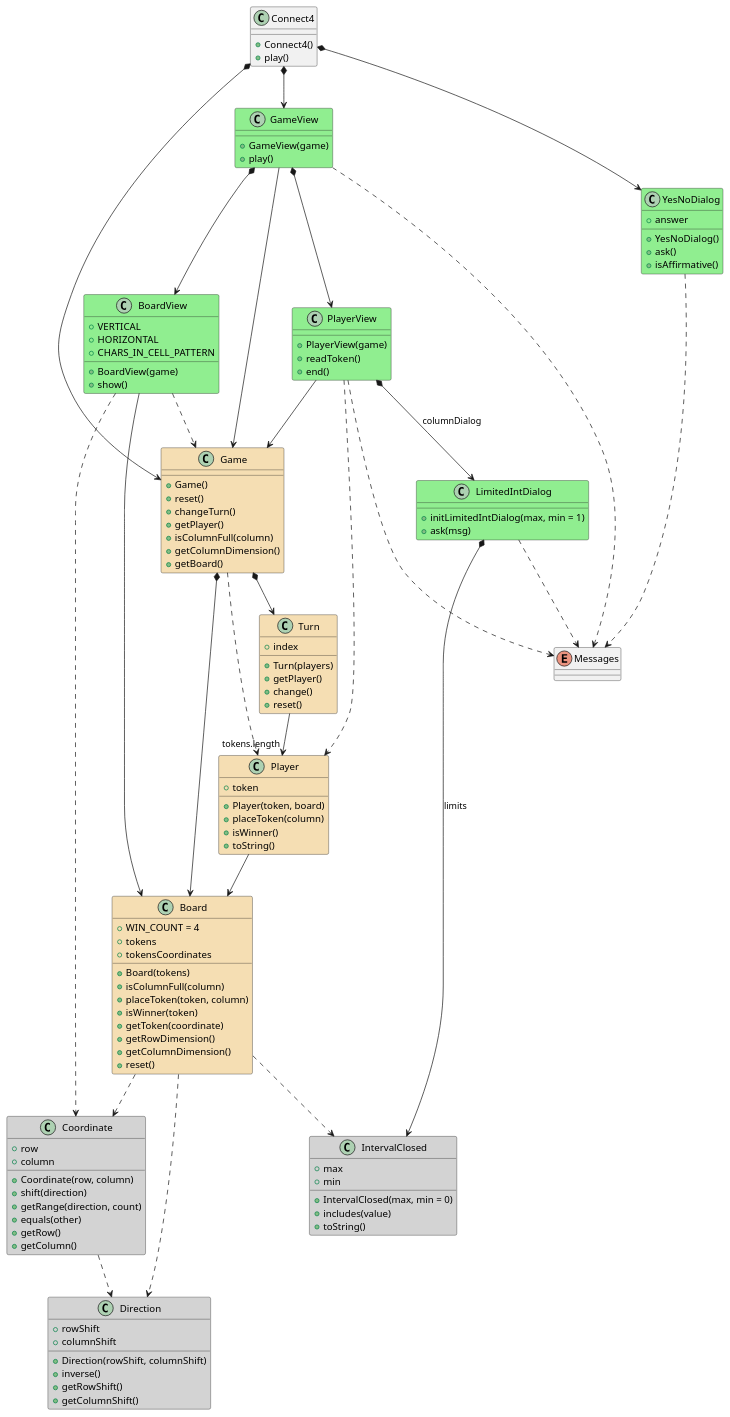
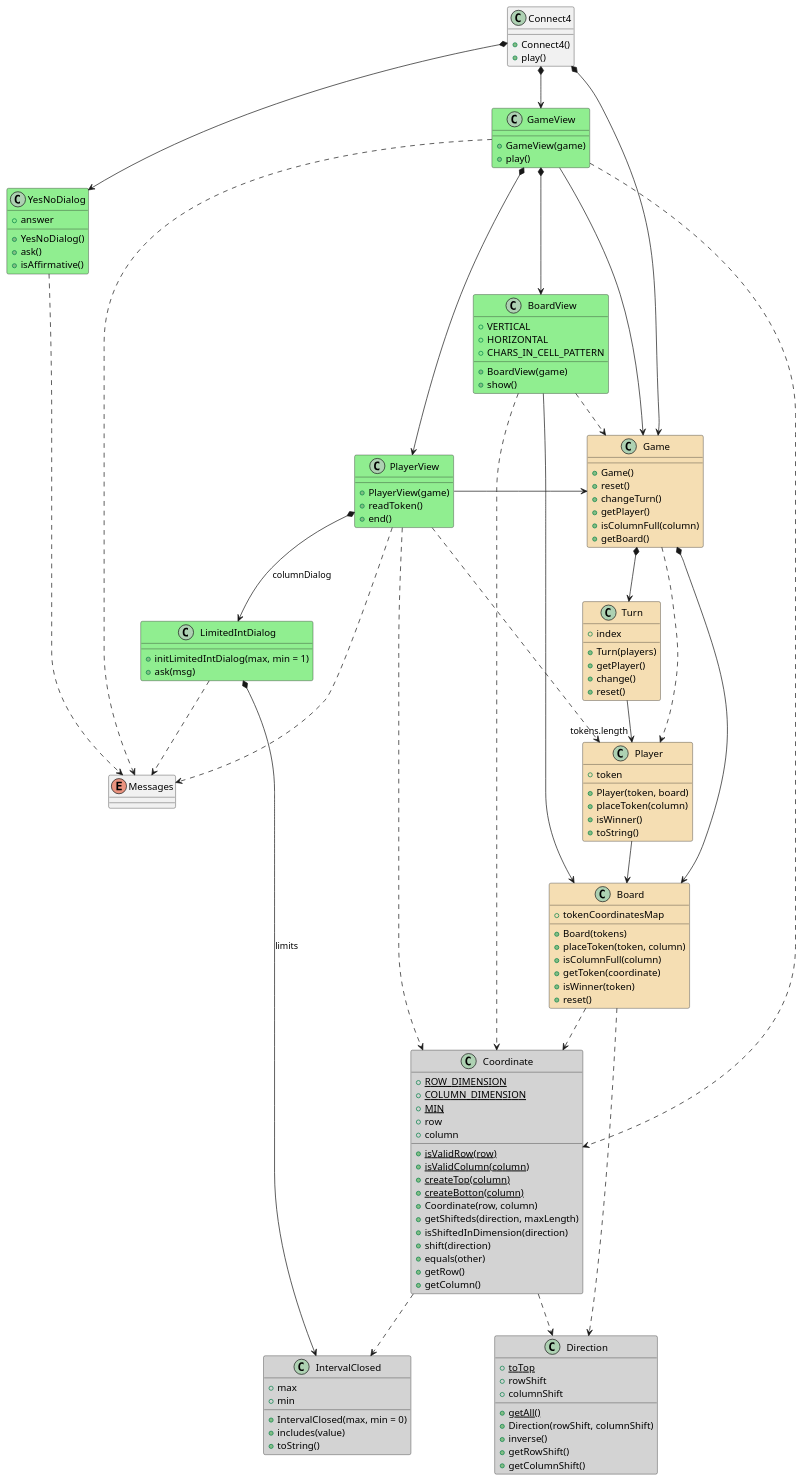
The diagram in docs/dev-resume/src/analysis.plantuml (PabloMartinFluvia/myGame-connect4), drawn with PlantUML before and after one commit. The commit also changed 2 other files, not shown here.

```diff
--- a/docs/dev-resume/src/analysis.plantuml
+++ b/docs/dev-resume/src/analysis.plantuml
@@ -1,149 +1,153 @@
 @startuml analysis
 
 class Connect4 {
 
     + Connect4()
     + play()
 }
 Connect4 *-down-> Game
 Connect4 *-down-> GameView
 Connect4 *-down-> YesNoDialog
 
 class YesNoDialog #LightGreen {          
     + answer    
 
     + YesNoDialog()
     + ask()
     + isAffirmative()
 }
 YesNoDialog ..> Messages
 
 class GameView #LightGreen {
     + GameView(game)
     + play()
 }
 GameView -right-> Game
 GameView *-down-> PlayerView
 GameView *-down-> BoardView
 GameView ..> Messages
+GameView ..> Coordinate
 
 class PlayerView #LightGreen {
     + PlayerView(game)
     + readToken()
     + end()
 }
 PlayerView -right-> Game
 PlayerView ..> Player
 PlayerView *-down-> LimitedIntDialog : columnDialog
 PlayerView ..> Messages
+PlayerView ..> Coordinate
 
 class BoardView #LightGreen {
     + VERTICAL
     + HORIZONTAL
     + CHARS_IN_CELL_PATTERN
 
     + BoardView(game)
     + show()
 }
 BoardView --> Board
 BoardView ..> Game
 BoardView ..> Coordinate
 
 class Game #Wheat{  
 
     + Game()
     + reset()   
     + changeTurn()
     + getPlayer()    
-    + isColumnFull(column)   
-    + getColumnDimension()     
+    + isColumnFull(column)     
     + getBoard()            
 }
 Game *-down-> Turn
 Game *-down-> Board
 Game ..> Player
 
 class Turn #Wheat{
     + index
 
     + Turn(players)  
     + getPlayer()  
     + change()   
     + reset() 
 }
 Turn --> "tokens.length" Player
 
 class Player #Wheat{
     + token
 
     + Player(token, board)
     + placeToken(column)
     + isWinner()
     + toString()
 }
 Player --> Board
 
-class Board #Wheat{    
-    + WIN_COUNT = 4
-    + tokens
-    + tokensCoordinates
+class Board #Wheat{
+    + tokenCoordinatesMap
     
     + Board(tokens)
+    + placeToken(token, column)
     + isColumnFull(column)
-    + placeToken(token, column)
+    + getToken(coordinate) 
     + isWinner(token)  
-    + getToken(coordinate) 
-    + getRowDimension()
-    + getColumnDimension()
     + reset()    
 }
-Board ..> IntervalClosed
 Board ..> Coordinate
 Board ..> Direction
 
 class Direction #LightGray{
+    + {static} toTop
     + rowShift
     + columnShift
 
+    + {static} getAll()
     + Direction(rowShift, columnShift)
     + inverse()
     + getRowShift()
     + getColumnShift()
 }
 
 class Coordinate #LightGray{
+    + {static} ROW_DIMENSION
+    + {static} COLUMN_DIMENSION
+    + {static} MIN
     + row
     + column 
 
+    + {static} isValidRow(row)
+    + {static} isValidColumn(column)
+    + {static} createTop(column)
+    + {static} createBotton(column)
     + Coordinate(row, column)
+    + getShifteds(direction, maxLength)
+    + isShiftedInDimension(direction)
     + shift(direction)
-    + getRange(direction, count)
     + equals(other)   
     + getRow()
     + getColumn()
 }
 Coordinate ..> Direction
-
-
-
+Coordinate ..> IntervalClosed
 
 
 enum Messages
 
 class LimitedIntDialog #LightGreen {    
     + initLimitedIntDialog(max, min = 1) 
     + ask(msg)
 }
 LimitedIntDialog *-down-> IntervalClosed : limits
 LimitedIntDialog ..> Messages
 
 class IntervalClosed #LightGray{
     + max
     + min
 
     + IntervalClosed(max, min = 0)
     + includes(value)
     + toString()
 }
 
 @enduml
```
